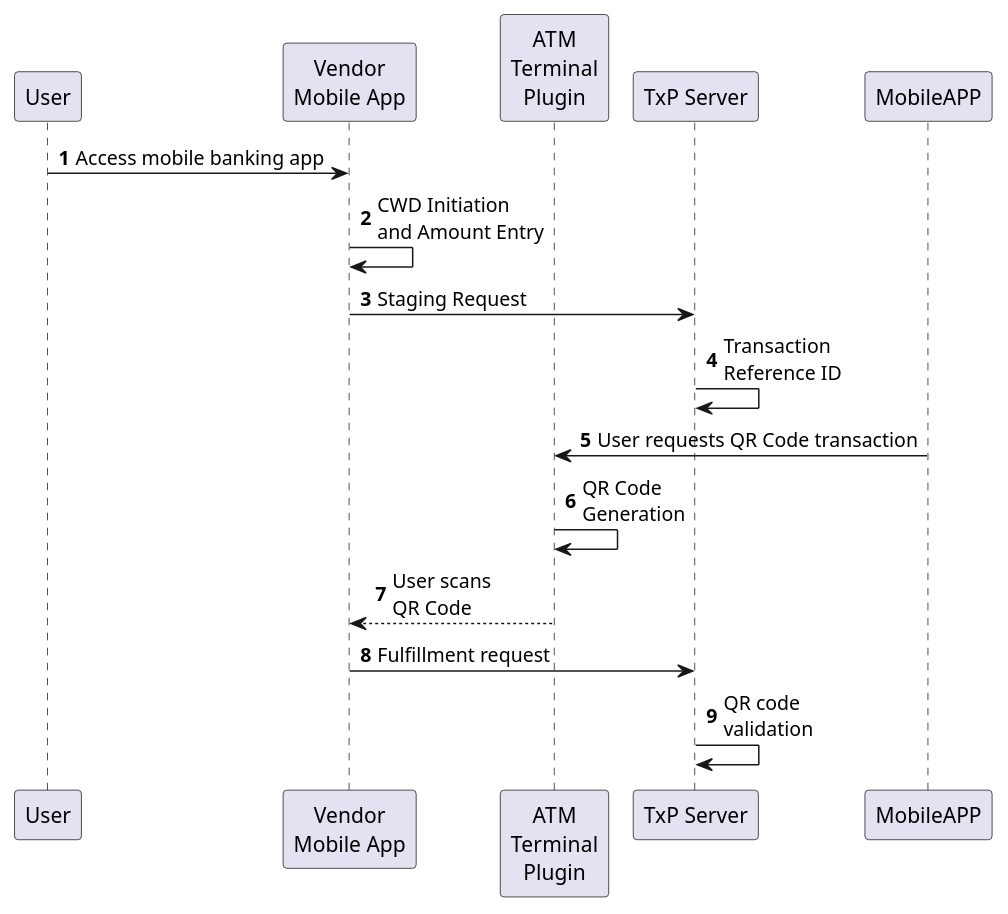
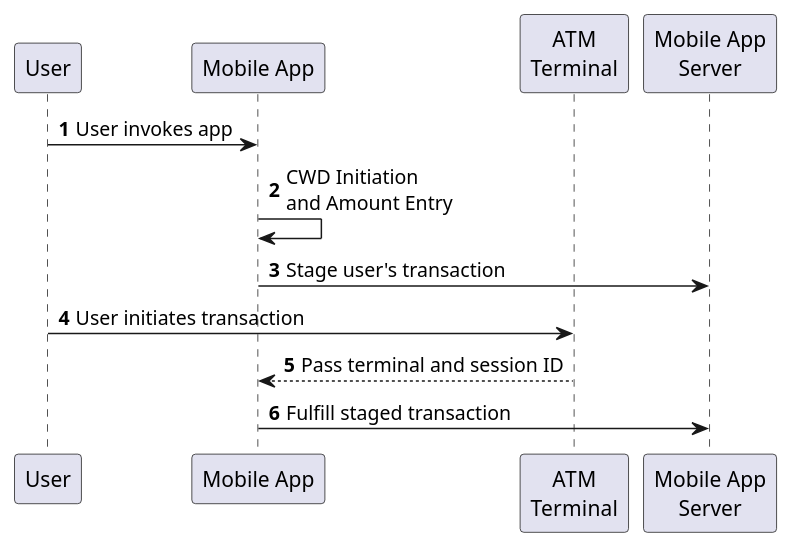
The diagram in p1940StagingRequest.plantuml (p1940/p1940), drawn with PlantUML before and after one commit.

```diff
--- a/p1940StagingRequest.plantuml
+++ b/p1940StagingRequest.plantuml
@@ -1,17 +1,14 @@
 @startuml
 autonumber
 participant "User" as User
-participant "Vendor\nMobile App" as MobileApp
-participant "ATM\nTerminal\nPlugin" as ATM
-participant "TxP Server" as TxP
+participant "Mobile App" as MobileApp
+participant "ATM\nTerminal" as ATM
+participant "Mobile App\nServer" as MobileSrv
 
-User -> MobileApp : Access mobile banking app
+User -> MobileApp : User invokes app
 MobileApp -> MobileApp : CWD Initiation\nand Amount Entry
-MobileApp -> TxP : Staging Request
-TxP -> TxP : Transaction\nReference ID
-MobileAPP -> ATM : User requests QR Code transaction
-ATM -> ATM : QR Code\nGeneration
-ATM --> MobileApp : User scans\nQR Code
-MobileApp -> TxP : Fulfillment request
-TxP -> TxP : QR code\nvalidation
+MobileApp -> MobileSrv : Stage user's transaction
+User -> ATM : User initiates transaction
+ATM --> MobileApp : Pass terminal and session ID
+MobileApp -> MobileSrv : Fulfill staged transaction
 @enduml
```
